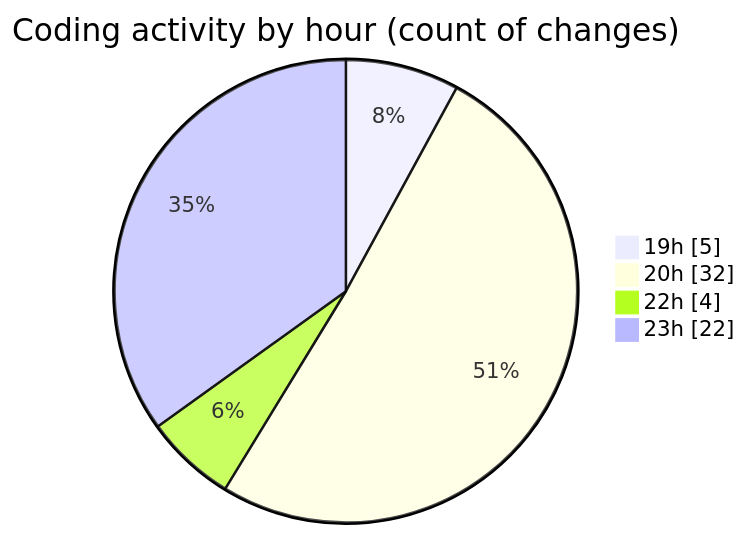
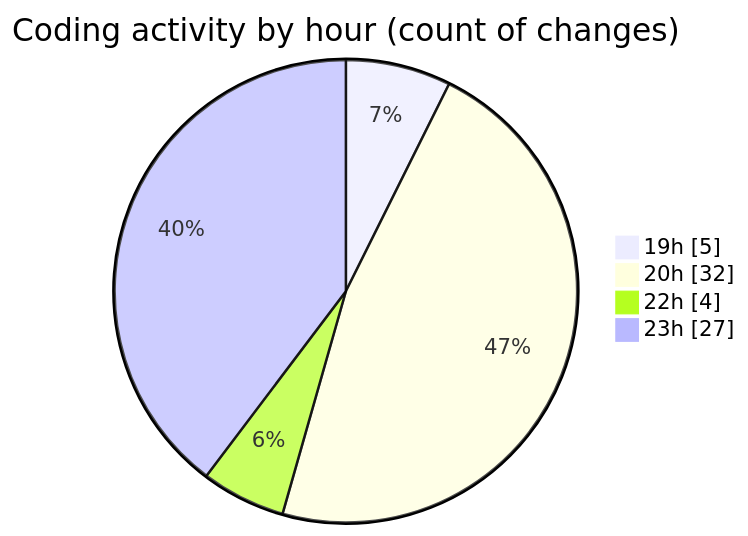
Before and after one commit to Netris89/code-tracking: the second of 2 diagrams in 2025-04-25/echo/README.md, drawn with Mermaid. The commit also changed other lines of this file and 1 other file, not shown here.

````diff
--- a/2025-04-25/echo/README.md
+++ b/2025-04-25/echo/README.md
@@ -33,8 +33,8 @@
 ```mermaid
 pie showData
 title Coding activity by hour (count of changes)
 "19h" : 5
 "20h" : 32
 "22h" : 4
-"23h" : 22
+"23h" : 27
 ```
````
